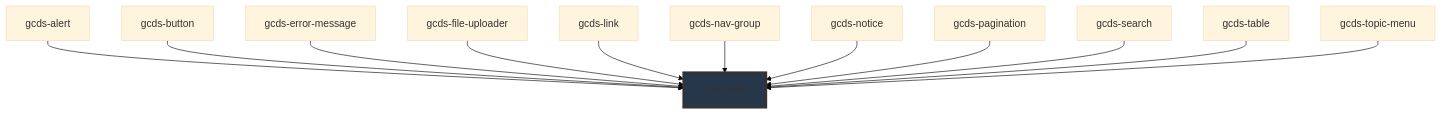
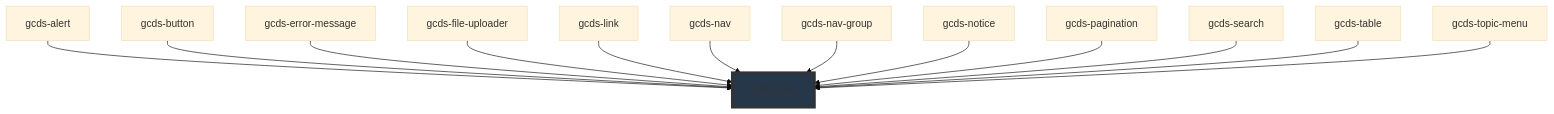
One commit to cds-snc/gcds-components changed the diagram in packages/web/src/components/gcds-icon/readme.md. Above: the diagram before and after it, drawn with Mermaid (base theme). The commit also changed other lines of this file and 56 other files, not shown here.

Commit message:
feat: add new gcds-nav component

````diff
--- a/packages/web/src/components/gcds-icon/readme.md
+++ b/packages/web/src/components/gcds-icon/readme.md
@@ -40,15 +41,16 @@
 ```mermaid
 graph TD;
   gcds-alert --> gcds-icon
   gcds-button --> gcds-icon
   gcds-error-message --> gcds-icon
   gcds-file-uploader --> gcds-icon
   gcds-link --> gcds-icon
+  gcds-nav --> gcds-icon
   gcds-nav-group --> gcds-icon
   gcds-notice --> gcds-icon
   gcds-pagination --> gcds-icon
   gcds-search --> gcds-icon
   gcds-table --> gcds-icon
   gcds-topic-menu --> gcds-icon
   style gcds-icon fill:#26374a,stroke:#333,stroke-width:4px
 ```
````
